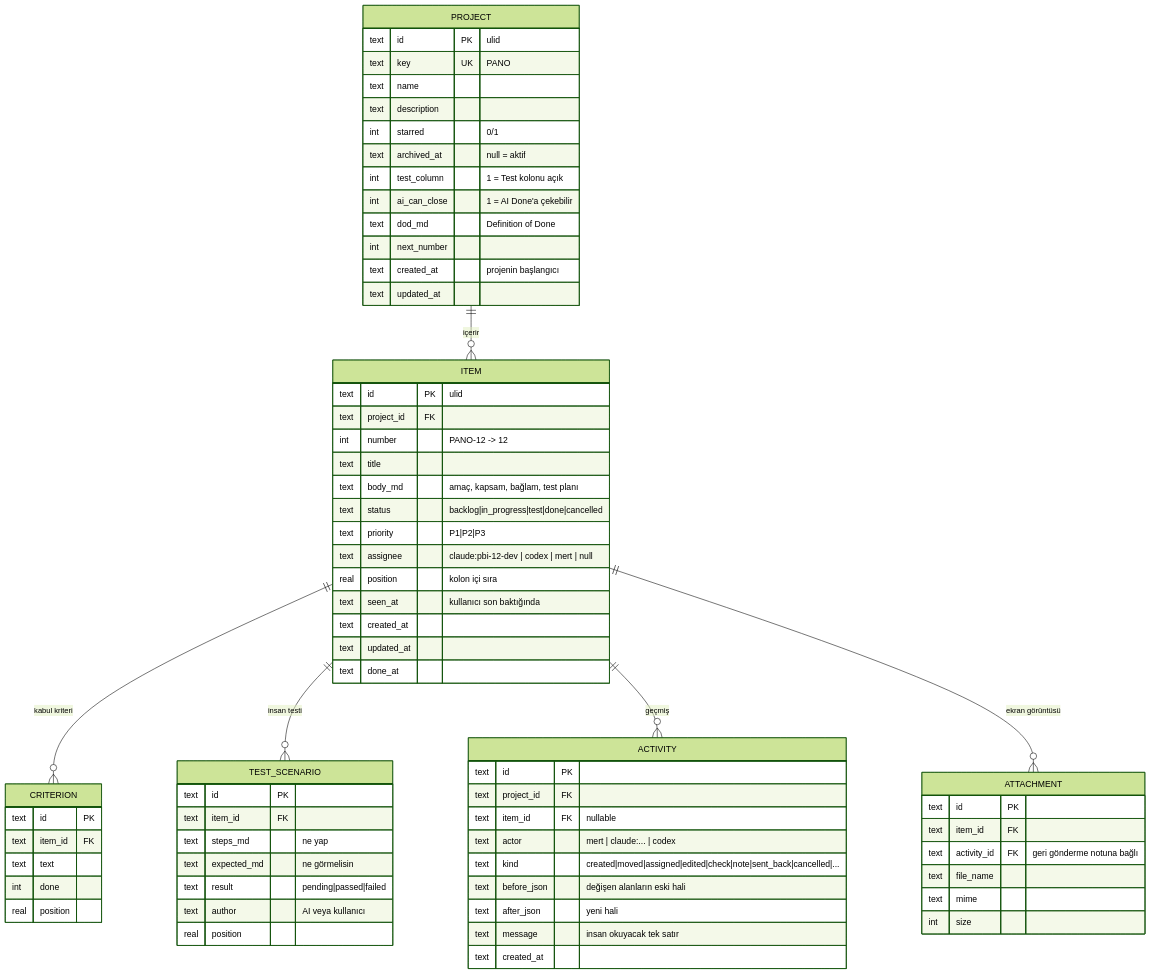
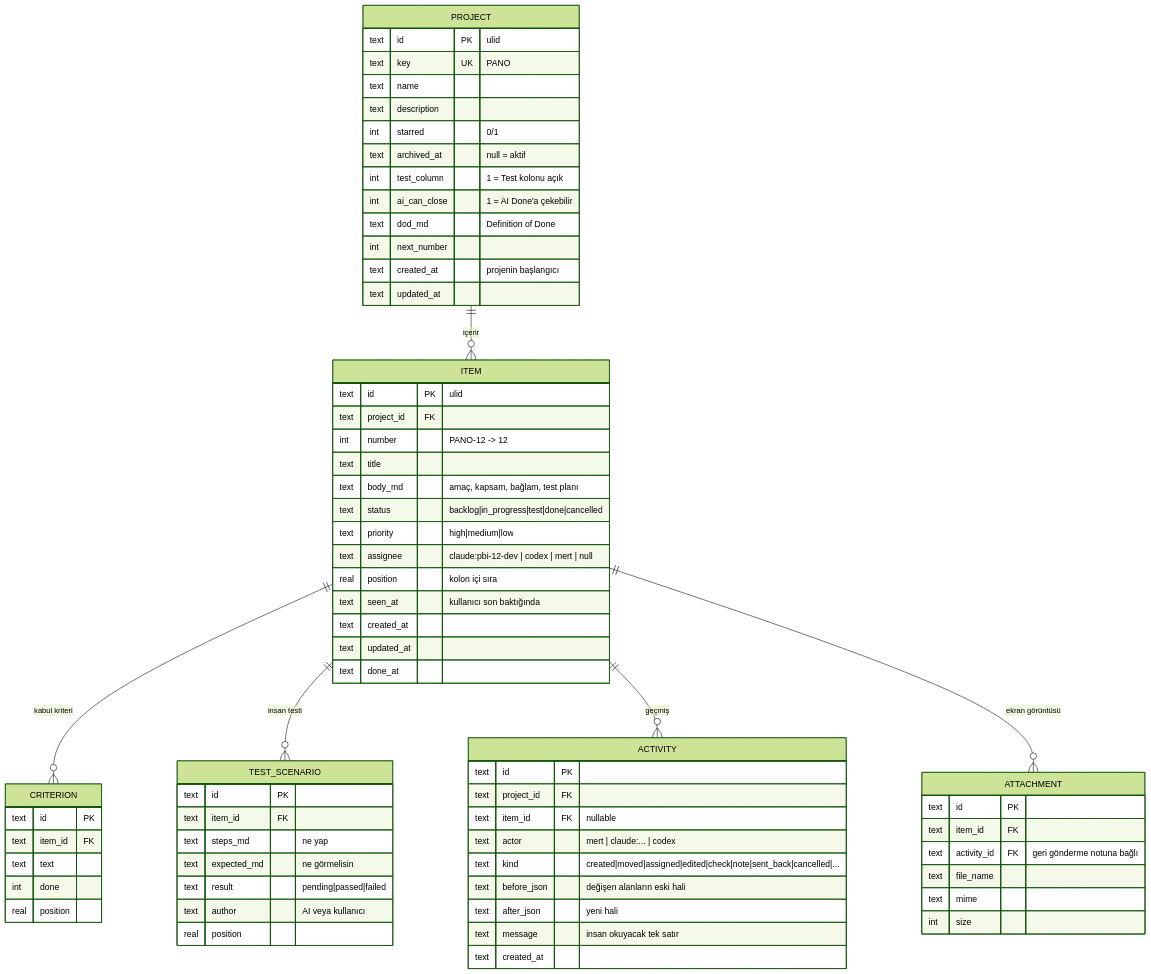
The second of 2 diagrams in docs/architecture.md (Metonya/pano), drawn with Mermaid (forest theme) before and after one commit. The commit also changed other lines of this file and 2 other files, not shown here.

````diff
--- a/docs/architecture.md
+++ b/docs/architecture.md
@@ -67,72 +67,72 @@
 ```mermaid
 erDiagram
   PROJECT ||--o{ ITEM : içerir
   ITEM ||--o{ CRITERION : "kabul kriteri"
   ITEM ||--o{ TEST_SCENARIO : "insan testi"
   ITEM ||--o{ ACTIVITY : "geçmiş"
   ITEM ||--o{ ATTACHMENT : "ekran görüntüsü"
   PROJECT {
     text id PK "ulid"
     text key UK "PANO"
     text name
     text description
     int starred "0/1"
     text archived_at "null = aktif"
     int test_column "1 = Test kolonu açık"
     int ai_can_close "1 = AI Done'a çekebilir"
     text dod_md "Definition of Done"
     int next_number
     text created_at "projenin başlangıcı"
     text updated_at
   }
   ITEM {
     text id PK "ulid"
     text project_id FK
     int number "PANO-12 -> 12"
     text title
     text body_md "amaç, kapsam, bağlam, test planı"
     text status "backlog|in_progress|test|done|cancelled"
-    text priority "P1|P2|P3"
+    text priority "high|medium|low"
     text assignee "claude:pbi-12-dev | codex | mert | null"
     real position "kolon içi sıra"
     text seen_at "kullanıcı son baktığında"
     text created_at
     text updated_at
     text done_at
   }
   CRITERION {
     text id PK
     text item_id FK
     text text
     int done
     real position
   }
   TEST_SCENARIO {
     text id PK
     text item_id FK
     text steps_md "ne yap"
     text expected_md "ne görmelisin"
     text result "pending|passed|failed"
     text author "AI veya kullanıcı"
     real position
   }
   ATTACHMENT {
     text id PK
     text item_id FK
     text activity_id FK "geri gönderme notuna bağlı"
     text file_name
     text mime
     int size
   }
   ACTIVITY {
     text id PK
     text project_id FK
     text item_id FK "nullable"
     text actor "mert | claude:... | codex"
     text kind "created|moved|assigned|edited|check|note|sent_back|cancelled|..."
     text before_json "değişen alanların eski hali"
     text after_json "yeni hali"
     text message "insan okuyacak tek satır"
     text created_at
   }
 ```
````
